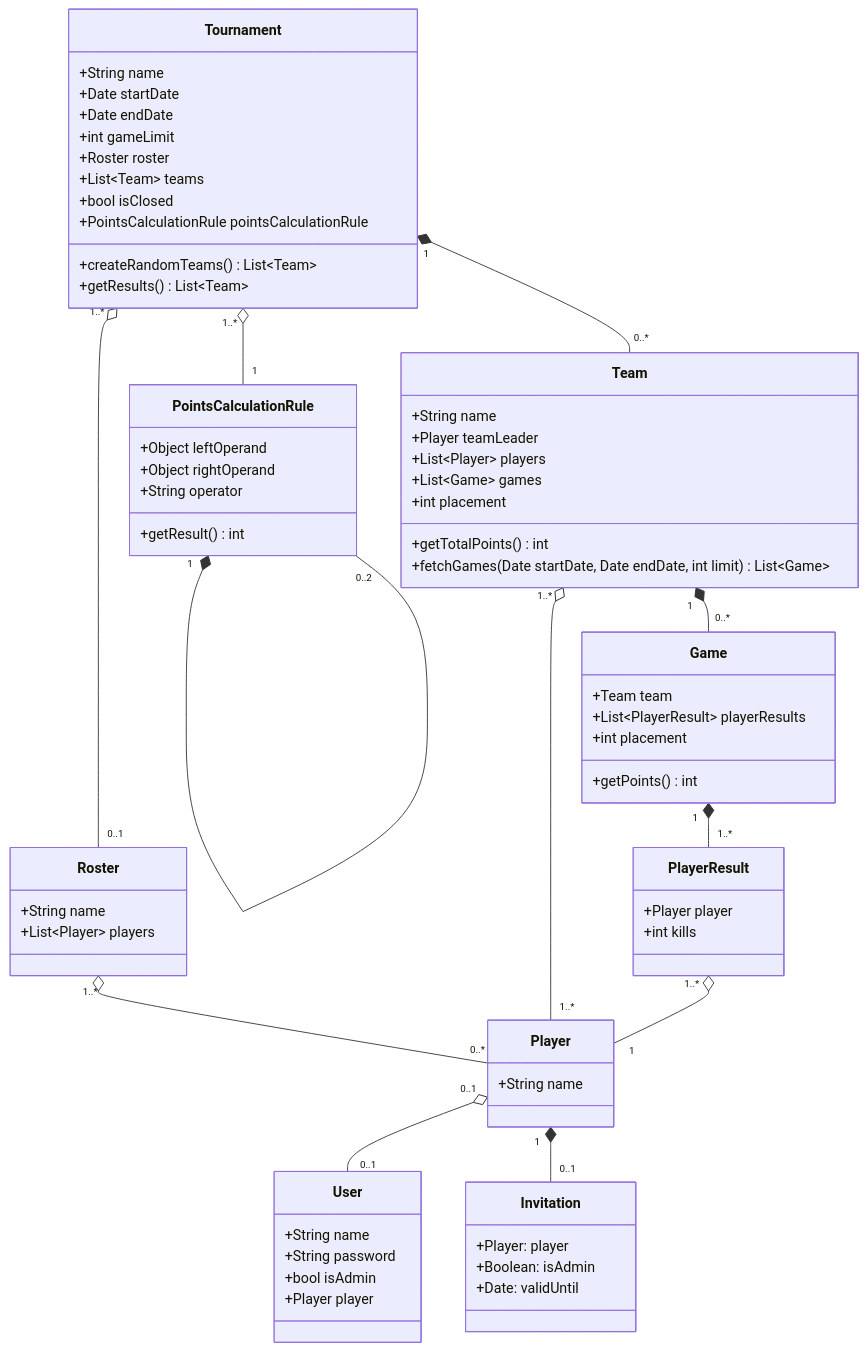
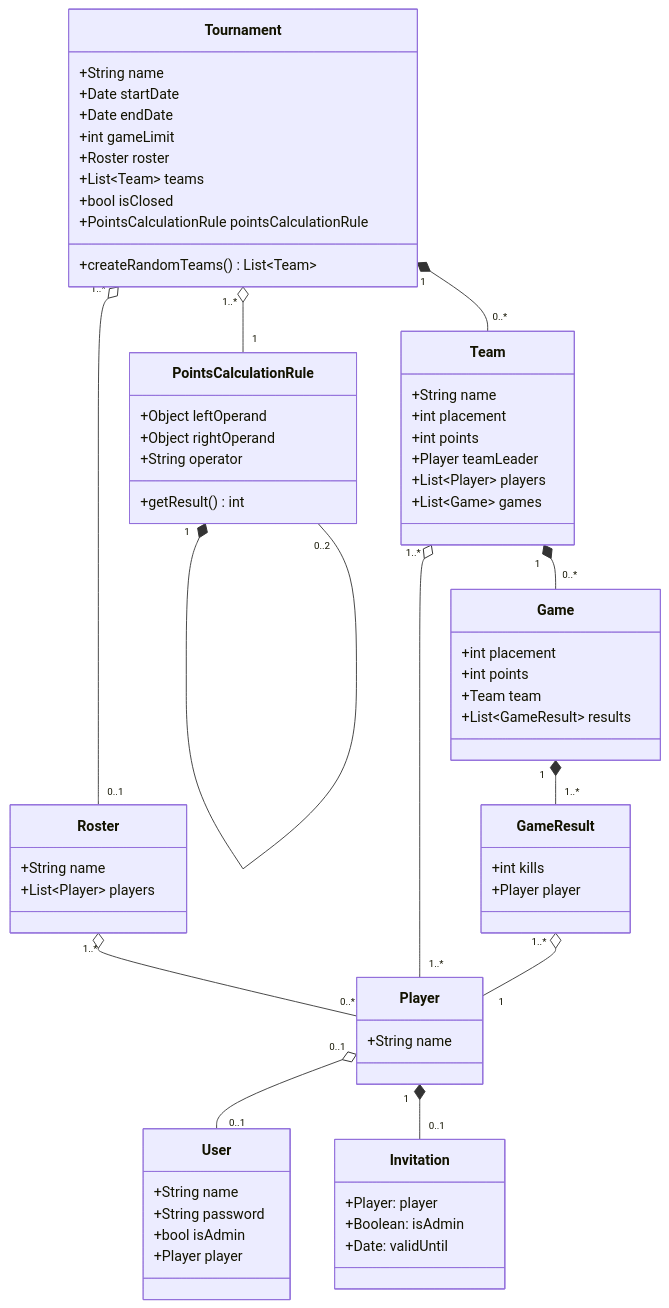
Before and after one commit to ttirtia/cod-wz-tournament-api: the diagram in docs/class-diagram.mmd, drawn with Mermaid. The commit also changed 29 other files, not shown here.

First line of the commit message:
initial work on game results

```diff
--- a/docs/class-diagram.mmd
+++ b/docs/class-diagram.mmd
@@ -1,80 +1,76 @@
 classDiagram
   class Tournament {
     +String name
     +Date startDate
     +Date endDate
     +int gameLimit
     +Roster roster
     +List~Team~ teams
     +bool isClosed
     +PointsCalculationRule pointsCalculationRule
 
     +createRandomTeams() List~Team~
-    +getResults() List~Team~
   }
 
   class Roster {
     +String name
     +List~Player~ players
   }
 
   class Player {
     +String name
   }
 
   class Team {
     +String name
+    +int placement
+    +int points
     +Player teamLeader
     +List~Player~ players
     +List~Game~ games
-    +int placement
-
-    +getTotalPoints() int
-    +fetchGames(Date startDate, Date endDate, int limit) List~Game~
   }
 
   class Game {
+    +int placement
+    +int points
     +Team team
-    +List~PlayerResult~ playerResults
-    +int placement
-
-    +getPoints() int
+    +List~GameResult~ results
   }
 
-  class PlayerResult {
+  class GameResult {
+    +int kills
     +Player player
-    +int kills
   }
 
   class PointsCalculationRule {
     +Object leftOperand
     +Object rightOperand
     +String operator
 
     +getResult() int
   }
 
   class User {
     +String name
     +String password
     +bool isAdmin
     +Player player
   }
 
   class Invitation {
     +Player: player
     +Boolean: isAdmin
     +Date: validUntil
   }
 
   Tournament "1..*" o-- "0..1" Roster
   Tournament "1..*" o-- "1" PointsCalculationRule
   Tournament "1" *-- "0..*" Team
   Roster "1..*" o-- "0..*" Player
   Team "1..*" o-- "1..*" Player
   Team "1" *-- "0..*" Game
-  Game "1" *-- "1..*" PlayerResult
-  PlayerResult "1..*" o-- "1" Player
+  Game "1" *-- "1..*" GameResult
+  GameResult "1..*" o-- "1" Player
   PointsCalculationRule "1" *-- "0..2" PointsCalculationRule
   Player "0..1" o-- "0..1" User
   Player "1" *-- "0..1" Invitation
```
